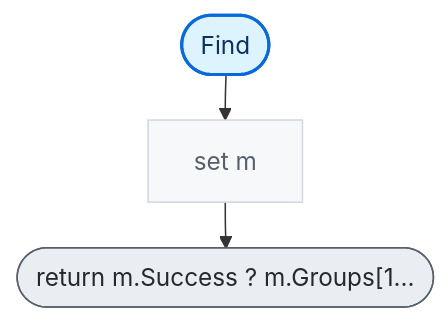
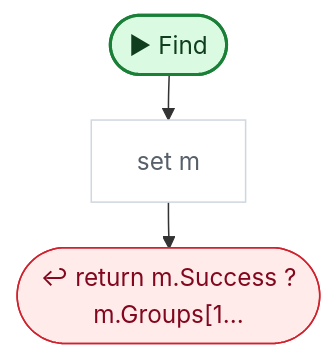
One commit to nataiai/Lord-of-the-Dungeon changed the fourth of 8 diagrams in CodeGraph~/graph/AI/UnifiedChat.cs.md. Above: the diagram before and after it, drawn with Mermaid. The commit also changed other lines of this file and 44 other files, not shown here.

````diff
--- a/CodeGraph~/graph/AI/UnifiedChat.cs.md
+++ b/CodeGraph~/graph/AI/UnifiedChat.cs.md
@@ -178,28 +192,32 @@
 ```mermaid
 ---
 config:
   flowchart:
     wrappingWidth: 260
     nodeSpacing: 26
     rankSpacing: 30
 ---
 flowchart TD
-  nS(["Find"])
+  nS(["▶ Find"])
   n1f7559["set m"]
-  ne2dc9a(["return m.Success ? m.Groups[1…"])
+  ne2dc9a(["↩ return m.Success ?<br>m.Groups[1…"])
   nS --> n1f7559
   n1f7559 --> ne2dc9a
-  classDef unity fill:#fff1c2,stroke:#9a6700,stroke-width:2px,color:#3b2300
-  classDef start fill:#ddf4ff,stroke:#0969da,stroke-width:2px,color:#0a3069
-  classDef calc fill:#f6f8fa,stroke:#d0d7de,color:#57606a
-  classDef calls fill:#ffffff,stroke:#0969da,stroke-width:2.5px,color:#0a3069
-  classDef cond fill:#ffffff,stroke:#6e7781,stroke-width:1.5px,color:#1f2328
-  classDef loop fill:#fbefff,stroke:#8250df,color:#3e1f79
-  classDef exit fill:#eaeef2,stroke:#57606a,color:#24292f
-  classDef wait fill:#fff8f0,stroke:#bc4c00,color:#4d1d00
+  classDef unity fill:#dafbe1,stroke:#1a7f37,stroke-width:2px,color:#0f3d1d
+  classDef start fill:#dafbe1,stroke:#1a7f37,stroke-width:2px,color:#0f3d1d
+  classDef calc fill:#ffffff,stroke:#d0d7de,color:#57606a
+  classDef calls fill:#ddf4ff,stroke:#0969da,stroke-width:2px,color:#0a3069
+  classDef ext fill:#ddf4ff,stroke:#0969da,stroke-width:2px,stroke-dasharray:5 3,color:#0a3069
+  classDef cond fill:#fff8c5,stroke:#bf8700,stroke-width:1.5px,color:#3d2a00
+  classDef loop fill:#f6f8fa,stroke:#57606a,color:#1f2328
+  classDef exit fill:#ffebe9,stroke:#cf222e,color:#82071e
+  classDef kill fill:#ffebe9,stroke:#cf222e,stroke-width:2px,color:#82071e
+  classDef spawn fill:#dafbe1,stroke:#1a7f37,stroke-width:2px,color:#0f3d1d
+  classDef wait fill:#fff1e5,stroke:#bc4c00,color:#4d1d00
   classDef fin fill:#eaeef2,stroke:#8c959f,color:#57606a
   classDef join fill:#d0d7de,stroke:#8c959f,color:#57606a
+  classDef ghdr fill:#f5f9ff,stroke:#f5f9ff,color:#0a3069,font-weight:bold
   class n1f7559 calc
   class ne2dc9a exit
   class nS start
 ```
````
